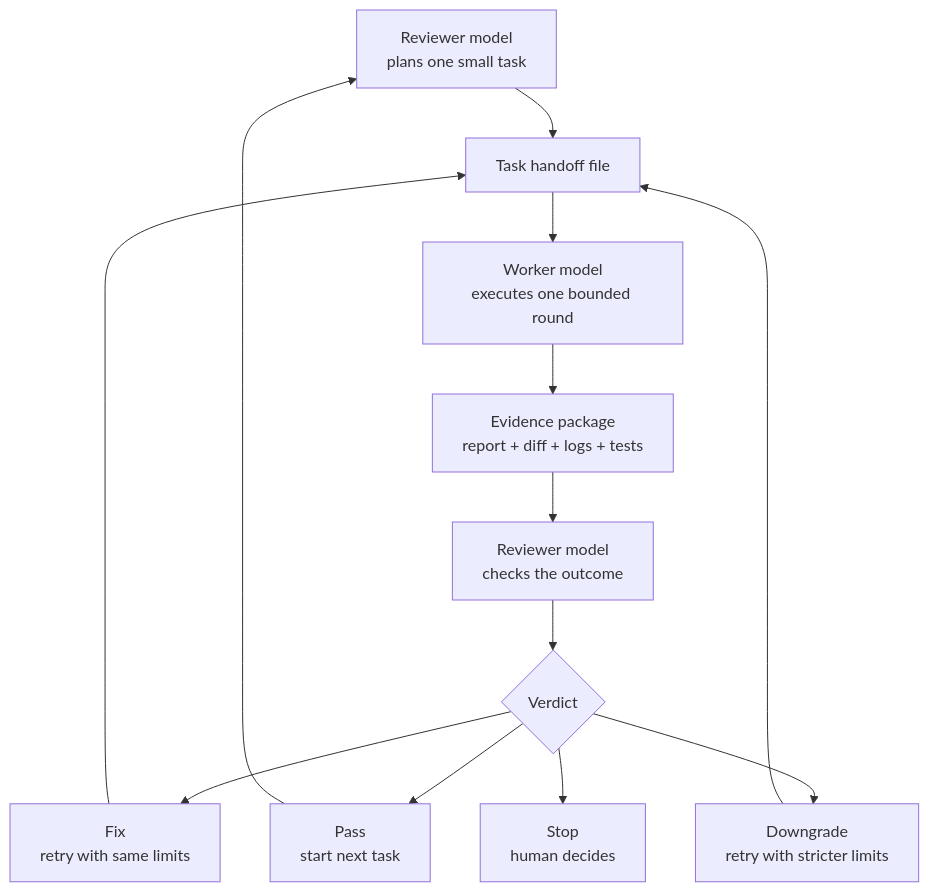
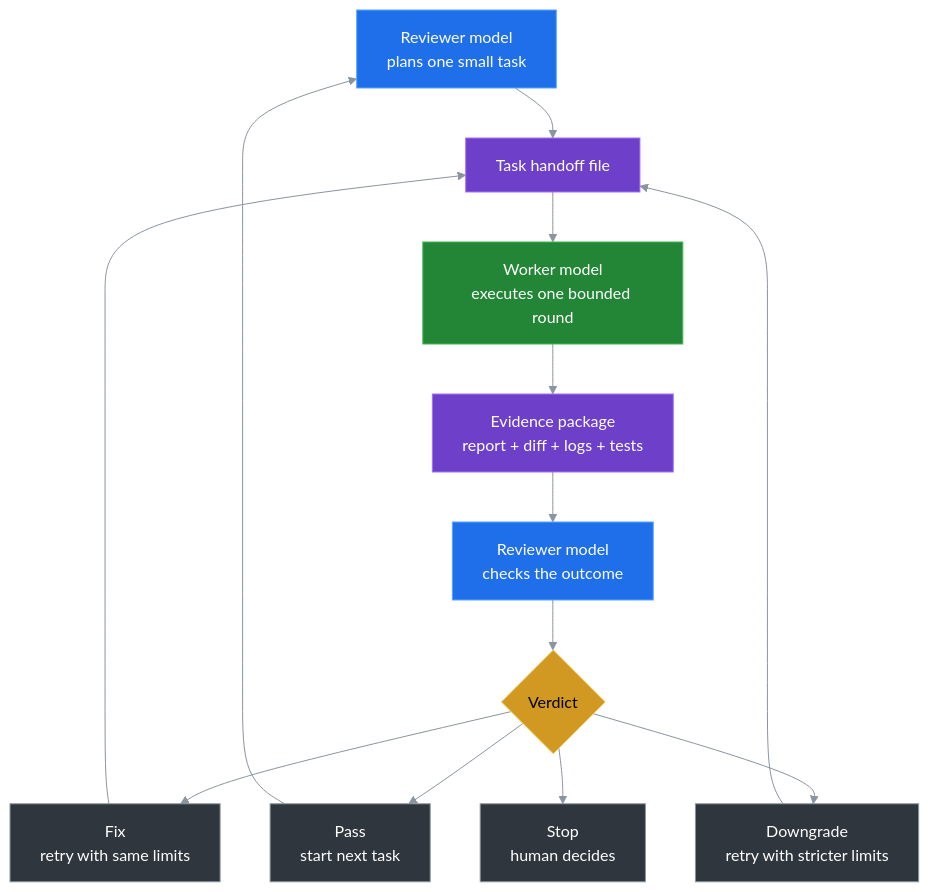
Before and after one commit to ningbo00/token-saver-loop: the diagram in README.md, drawn with Mermaid. The commit also changed other lines of this file and 7 other files, not shown here.

````diff
--- a/README.md
+++ b/README.md
@@ -100,19 +102,31 @@
 ```mermaid
+%%{init: {"theme": "base", "themeVariables": {"background": "transparent", "primaryColor": "#1f6feb", "primaryTextColor": "#ffffff", "primaryBorderColor": "#58a6ff", "lineColor": "#8b949e", "secondaryColor": "#238636", "tertiaryColor": "#30363d"}}}%%
 flowchart TD
     A[Reviewer model<br/>plans one small task]
     B[Task handoff file]
     C[Worker model<br/>executes one bounded round]
     D[Evidence package<br/>report + diff + logs + tests]
     E[Reviewer model<br/>checks the outcome]
     F{Verdict}
     G[Pass<br/>start next task]
     H[Fix<br/>retry with same limits]
     I[Downgrade<br/>retry with stricter limits]
     J[Stop<br/>human decides]
 
     A --> B --> C --> D --> E --> F
     F --> G --> A
     F --> H --> B
     F --> I --> B
     F --> J
+
+    classDef reviewer fill:#1f6feb,stroke:#58a6ff,color:#ffffff
+    classDef worker fill:#238636,stroke:#3fb950,color:#ffffff
+    classDef file fill:#6e40c9,stroke:#a371f7,color:#ffffff
+    classDef verdict fill:#d29922,stroke:#f2cc60,color:#000000
+    classDef outcome fill:#30363d,stroke:#8b949e,color:#ffffff
+    class A,E reviewer
+    class C worker
+    class B,D file
+    class F verdict
+    class G,H,I,J outcome
 ```
````
